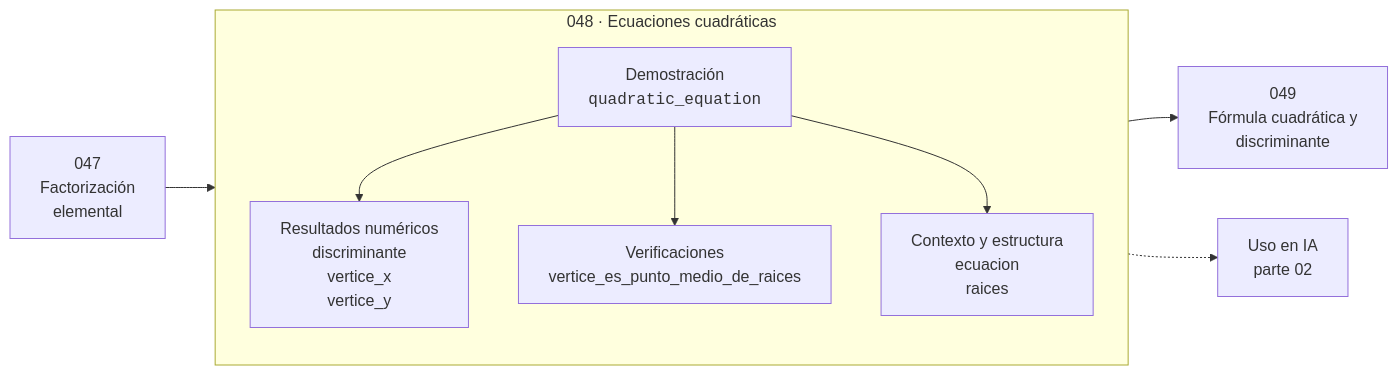
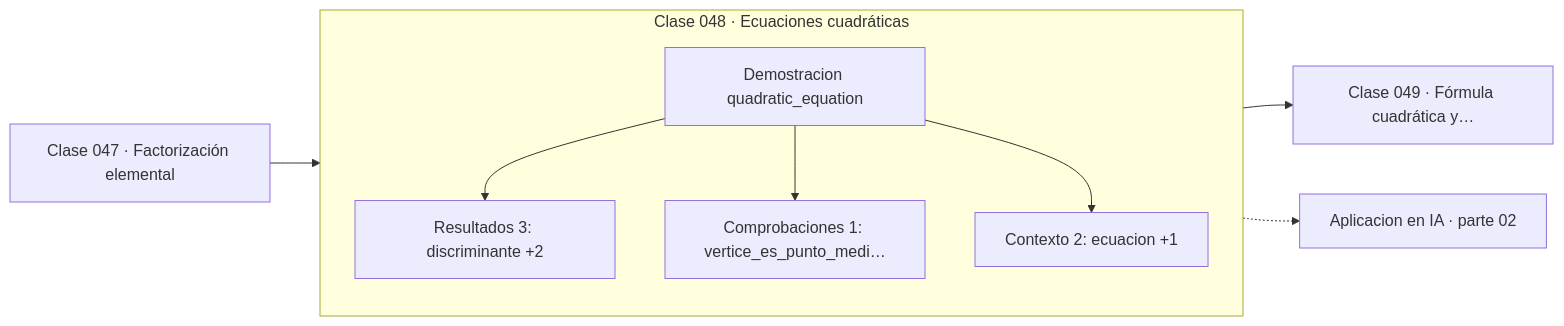
The diagram in classes/part-02-algebra-y-funciones/048-ecuaciones-cuadraticas/README.md (vladimiracunadev-create/computational-mathematics-program), drawn with Mermaid before and after one commit. The commit also changed 389 other files, not shown here.

First line of the commit message:
fix(diagramas): elimina el HTML de las etiquetas Mermaid

````diff
--- a/classes/part-02-algebra-y-funciones/048-ecuaciones-cuadraticas/README.md
+++ b/classes/part-02-algebra-y-funciones/048-ecuaciones-cuadraticas/README.md
@@ -35,12 +35,13 @@
 ```mermaid
 flowchart LR
-    P["047<br/>Factorización<br/>elemental"] --> C
-    subgraph C["048 · Ecuaciones cuadráticas"]
+    P["Clase 047 · Factorización elemental"] --> D
+    subgraph CLASE["Clase 048 · Ecuaciones cuadráticas"]
         direction TB
-        D["Demostración<br/><code>quadratic_equation</code>"] --> R["Resultados numéricos<br/>discriminante<br/>vertice_x<br/>vertice_y"]
-        D --> V["Verificaciones<br/>vertice_es_punto_medio_de_raices"]
-        D --> O["Contexto y estructura<br/>ecuacion<br/>raices"]
+        D["Demostracion quadratic_equation"]
+        D --> R["Resultados 3: discriminante +2"]
+        D --> V["Comprobaciones 1: vertice_es_punto_medi…"]
+        D --> O["Contexto 2: ecuacion +1"]
     end
-    C --> N["049<br/>Fórmula cuadrática y<br/>discriminante"]
-    C -.-> IA["Uso en IA<br/>parte 02"]
+    R --> N["Clase 049 · Fórmula cuadrática y…"]
+    V -.-> IA["Aplicacion en IA · parte 02"]
 ```
````
